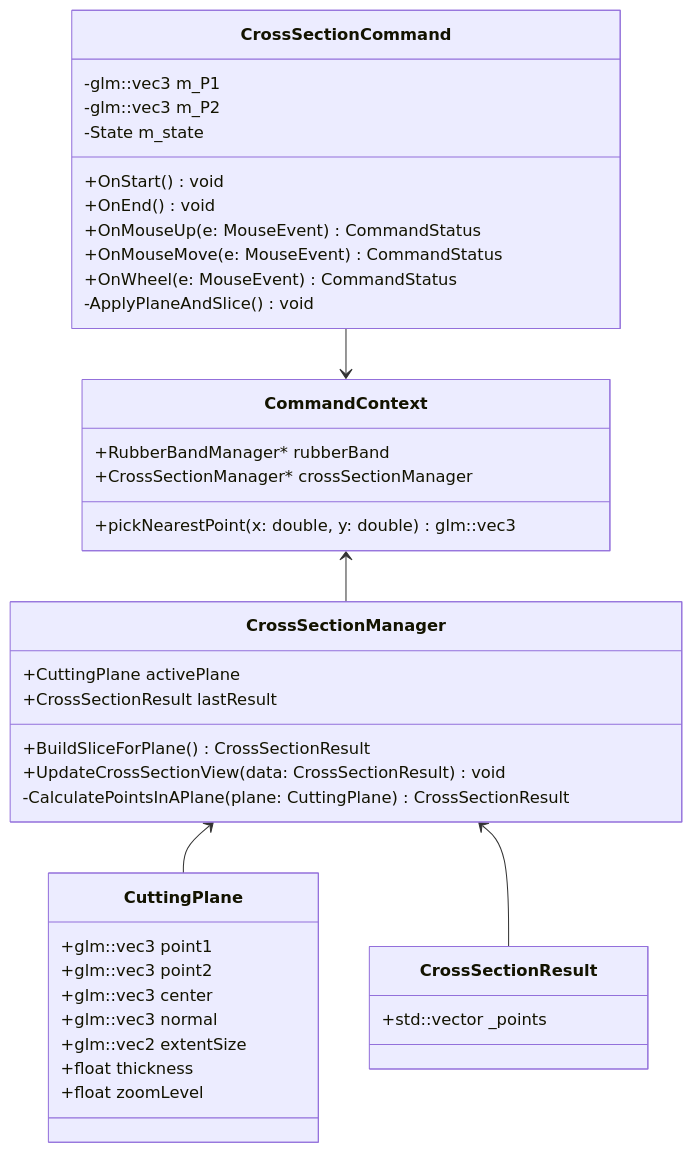
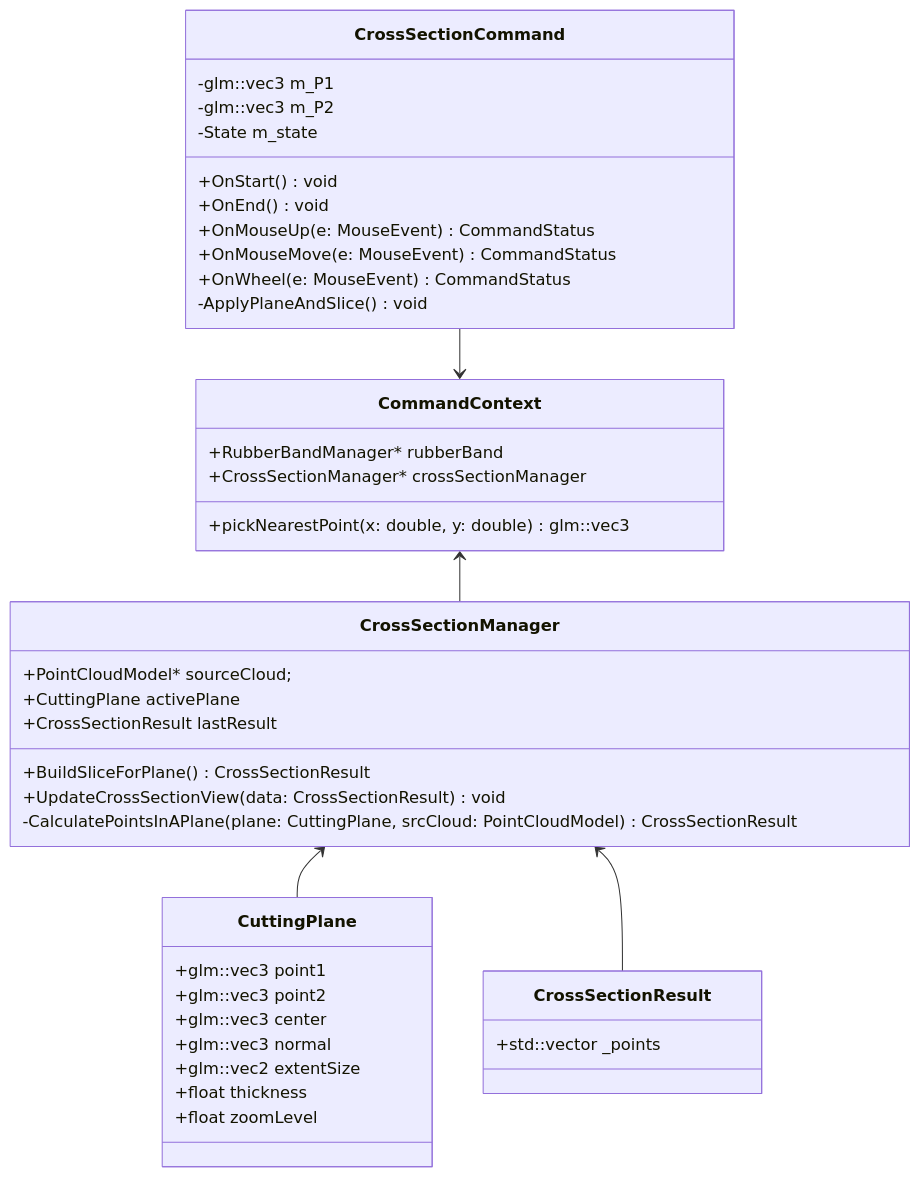
One commit to vfa-khaidt1/vfa-cdn changed the diagram in CrossSectionManager.md. Above: the diagram before and after it, drawn with Mermaid. The commit also changed other lines of this file, not shown here.

````diff
--- a/CrossSectionManager.md
+++ b/CrossSectionManager.md
@@ -2,48 +2,49 @@
 ```mermaid
 classDiagram
     class CuttingPlane {
         +glm::vec3 point1
         +glm::vec3 point2
         +glm::vec3 center
         +glm::vec3 normal
         +glm::vec2 extentSize
         +float thickness
         +float zoomLevel
     }
 
     class CrossSectionResult {
         +std::vector<Point> _points
     }
 
     class CrossSectionManager {
+        +PointCloudModel* sourceCloud;
         +CuttingPlane activePlane
         +CrossSectionResult lastResult
         +BuildSliceForPlane() CrossSectionResult
         +UpdateCrossSectionView(data: CrossSectionResult) void
-        -CalculatePointsInAPlane(plane: CuttingPlane) CrossSectionResult
+        -CalculatePointsInAPlane(plane: CuttingPlane, srcCloud: PointCloudModel) CrossSectionResult
     }
 
     class CommandContext {
         +RubberBandManager* rubberBand
         +CrossSectionManager* crossSectionManager
         +pickNearestPoint(x: double, y: double) glm::vec3
     }
 
     class CrossSectionCommand {
         -glm::vec3 m_P1
         -glm::vec3 m_P2
         -State m_state
         +OnStart() void
         +OnEnd() void
         +OnMouseUp(e: MouseEvent) CommandStatus
         +OnMouseMove(e: MouseEvent) CommandStatus
         +OnWheel(e: MouseEvent) CommandStatus
         -ApplyPlaneAndSlice() void
     }
 
     CrossSectionManager  <--  CuttingPlane
     CrossSectionManager  <--  CrossSectionResult
     CommandContext  <--  CrossSectionManager
     CrossSectionCommand  -->  CommandContext
 
 ```
````
